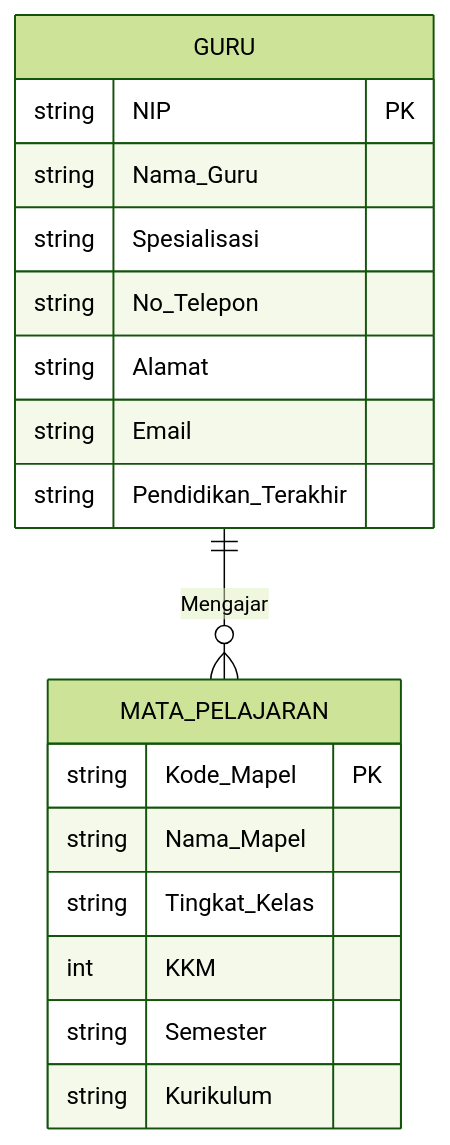
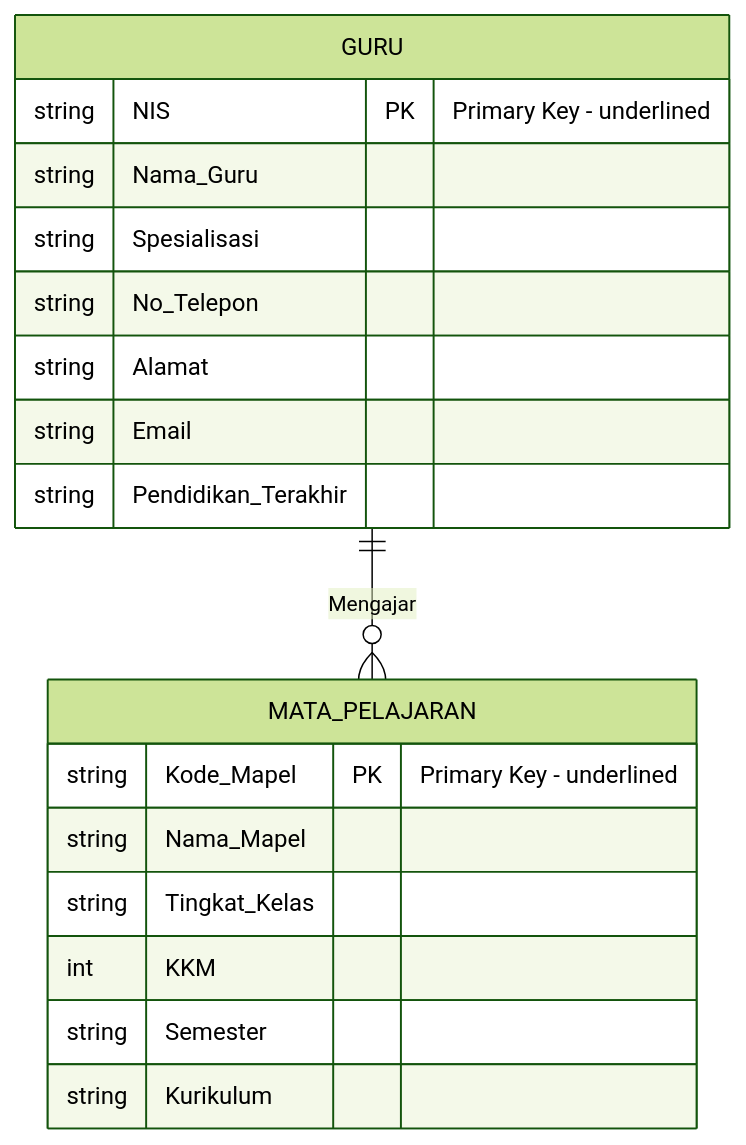
The diagram in mermaid/erd_1_relasi.md (Aruh1/sias), drawn with Mermaid (forest theme) before and after one commit. The commit also changed other lines of this file and 15 other files, not shown here.

````diff
--- a/mermaid/erd_1_relasi.md
+++ b/mermaid/erd_1_relasi.md
@@ -3,23 +4,23 @@
 ```mermaid
 erDiagram
     GURU {
-        string NIP PK
+        string NIS PK "Primary Key - underlined"
         string Nama_Guru
         string Spesialisasi
         string No_Telepon
         string Alamat
         string Email
         string Pendidikan_Terakhir
     }
 
     MATA_PELAJARAN {
-        string Kode_Mapel PK
+        string Kode_Mapel PK "Primary Key - underlined"
         string Nama_Mapel
         string Tingkat_Kelas
         int KKM
         string Semester
         string Kurikulum
     }
 
     GURU ||--o{ MATA_PELAJARAN : "Mengajar"
 ```
````
